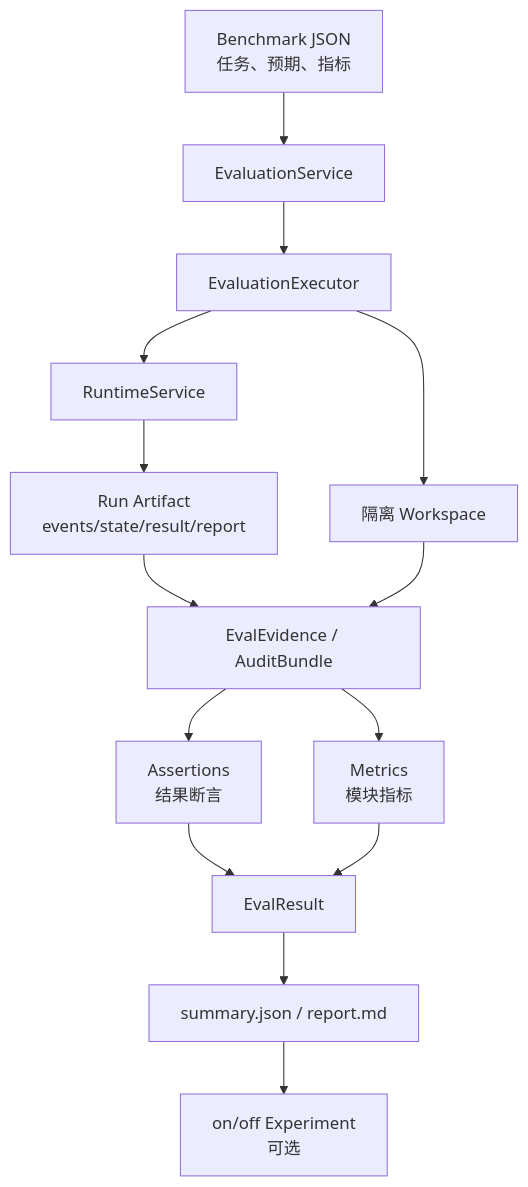
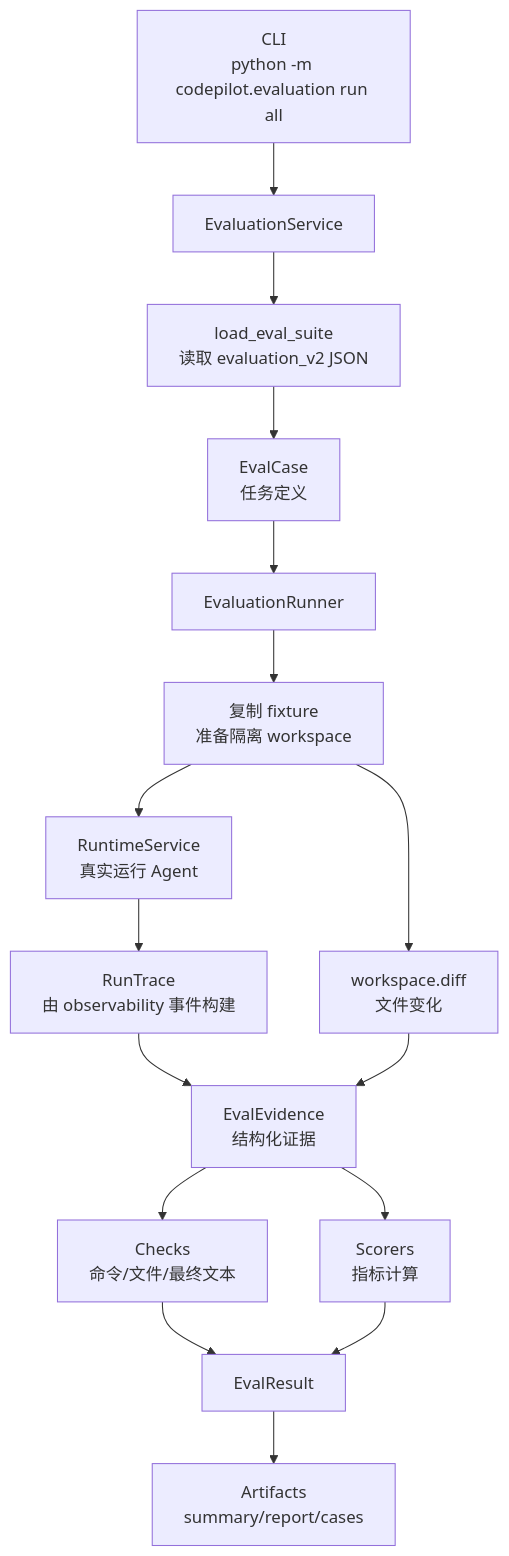
The diagram in docs/design/5eval-design.md (gyHMR/Codepilot_stable), drawn with Mermaid before and after one commit. The commit also changed other lines of this file and 8 other files, not shown here.

````diff
--- a/docs/design/5eval-design.md
+++ b/docs/design/5eval-design.md
@@ -30,16 +60,18 @@
 ```mermaid
 flowchart TD
-    Case["Benchmark JSON<br/>任务、预期、指标"] --> Service["EvaluationService"]
-    Service --> Executor["EvaluationExecutor"]
-    Executor --> Workspace["隔离 Workspace"]
-    Executor --> Runtime["RuntimeService"]
-    Runtime --> RunArtifact["Run Artifact<br/>events/state/result/report"]
-    RunArtifact --> Evidence["EvalEvidence / AuditBundle"]
-    Workspace --> Evidence
-    Evidence --> Assertions["Assertions<br/>结果断言"]
-    Evidence --> Metrics["Metrics<br/>模块指标"]
-    Assertions --> Result["EvalResult"]
-    Metrics --> Result
-    Result --> Suite["summary.json / report.md"]
-    Suite --> Experiment["on/off Experiment<br/>可选"]
+    CLI["CLI<br/>python -m codepilot.evaluation run all"] --> Service["EvaluationService"]
+    Service --> Loader["load_eval_suite<br/>读取 evaluation_v2 JSON"]
+    Loader --> Case["EvalCase<br/>任务定义"]
+    Case --> Runner["EvaluationRunner"]
+    Runner --> Workspace["复制 fixture<br/>准备隔离 workspace"]
+    Workspace --> Runtime["RuntimeService<br/>真实运行 Agent"]
+    Runtime --> Trace["RunTrace<br/>由 observability 事件构建"]
+    Workspace --> Diff["workspace.diff<br/>文件变化"]
+    Trace --> Evidence["EvalEvidence<br/>结构化证据"]
+    Diff --> Evidence
+    Evidence --> Checks["Checks<br/>命令/文件/最终文本"]
+    Evidence --> Scorers["Scorers<br/>指标计算"]
+    Checks --> Result["EvalResult"]
+    Scorers --> Result
+    Result --> Artifacts["Artifacts<br/>summary/report/cases"]
 ```
````
